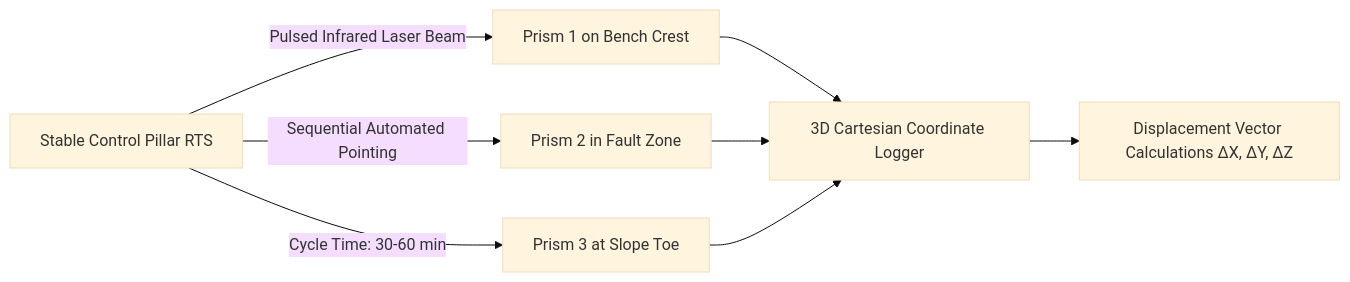
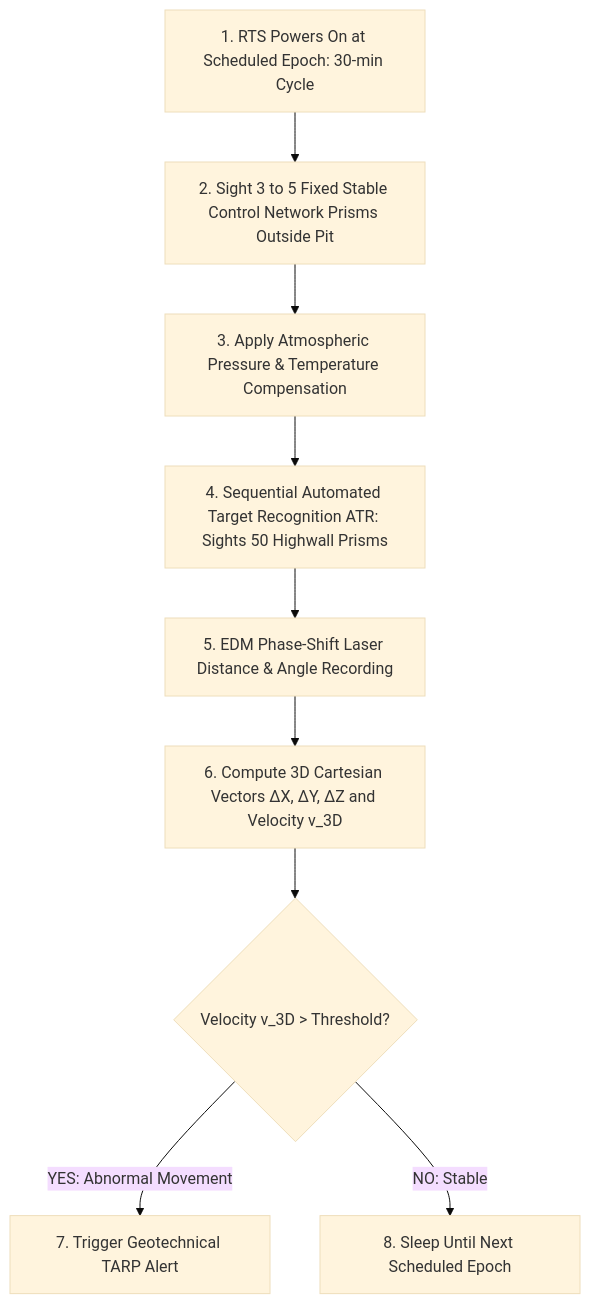
Before and after one commit to angelverman2021-a11y/Report: the first of 6 diagrams in docs/04_Total_Station_Prism_Monitoring.md, drawn with Mermaid (base theme). The commit also changed other lines of this file, not shown here.

````diff
--- a/docs/04_Total_Station_Prism_Monitoring.md
+++ b/docs/04_Total_Station_Prism_Monitoring.md
@@ -16,8 +89,11 @@
 ```mermaid
-flowchart LR
-    A[Stable Control Pillar RTS] -->|Pulsed Infrared Laser Beam| B[Prism 1 on Bench Crest]
-    A -->|Sequential Automated Pointing| C[Prism 2 in Fault Zone]
-    A -->|Cycle Time: 30-60 min| D[Prism 3 at Slope Toe]
-    B & C & D --> E[3D Cartesian Coordinate Logger]
-    E --> F[Displacement Vector Calculations ΔX, ΔY, ΔZ]
+flowchart TD
+    INIT[1. RTS Powers On at Scheduled Epoch: 30-min Cycle] --> CALIB[2. Sight 3 to 5 Fixed Stable Control Network Prisms Outside Pit]
+    CALIB --> ATMOS[3. Apply Atmospheric Pressure & Temperature Compensation]
+    ATMOS --> SIGHT[4. Sequential Automated Target Recognition ATR: Sights 50 Highwall Prisms]
+    SIGHT --> MEASURE[5. EDM Phase-Shift Laser Distance & Angle Recording]
+    MEASURE --> VECTOR[6. Compute 3D Cartesian Vectors ΔX, ΔY, ΔZ and Velocity v_3D]
+    VECTOR --> CHECK{Velocity v_3D > Threshold?}
+    CHECK -->|YES: Abnormal Movement| ALARM[7. Trigger Geotechnical TARP Alert]
+    CHECK -->|NO: Stable| SLEEP[8. Sleep Until Next Scheduled Epoch]
 ```
````
